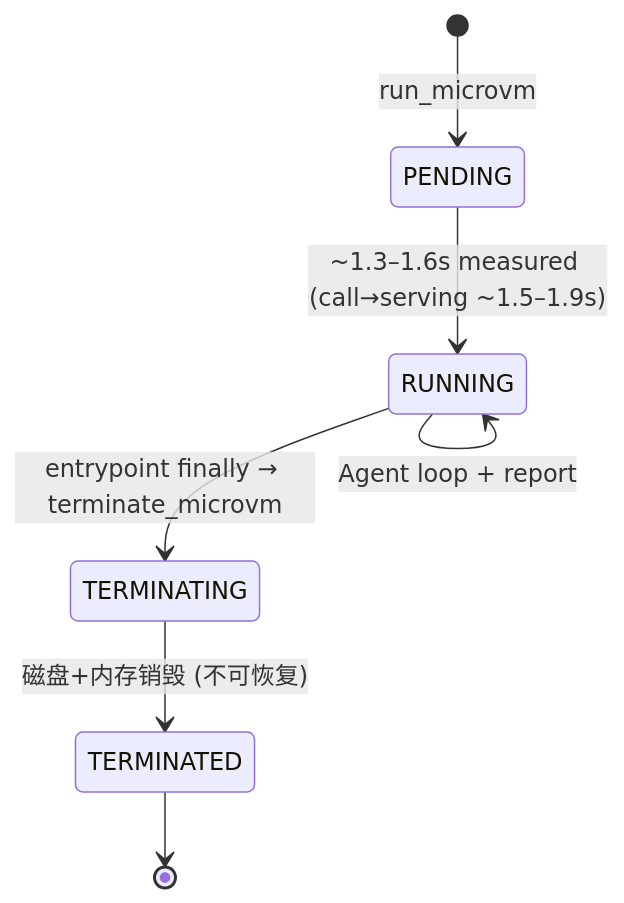
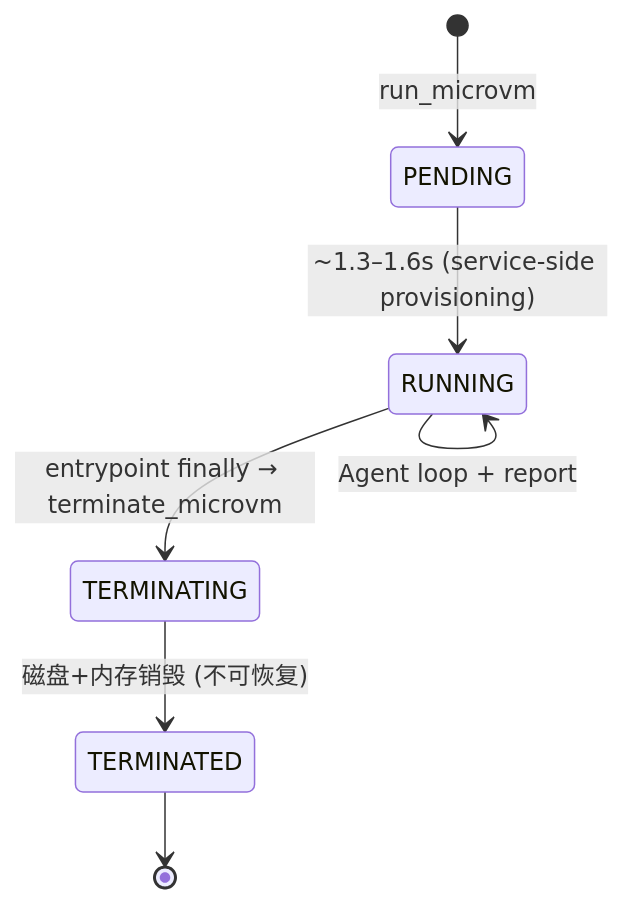
Before and after one commit to jansony1/agentcore-runtime-data-persistence-demo: the third of 3 diagrams in DESIGN_V5.md, drawn with Mermaid. The commit also changed other lines of this file and 1 other file, not shown here.

First line of the commit message:
Latency = service-side startup only; correct MicroVM EFS/S3 mount support

````diff
--- a/DESIGN_V5.md
+++ b/DESIGN_V5.md
@@ -165,9 +166,9 @@
 ```mermaid
 stateDiagram-v2
     [*] --> PENDING: run_microvm
-    PENDING --> RUNNING: ~1.3–1.6s measured (call→serving ~1.5–1.9s)
+    PENDING --> RUNNING: ~1.3–1.6s (service-side provisioning)
     RUNNING --> RUNNING: Agent loop + report
     RUNNING --> TERMINATING: entrypoint finally → terminate_microvm
     TERMINATING --> TERMINATED: 磁盘+内存销毁 (不可恢复)
     TERMINATED --> [*]
 ```
````
